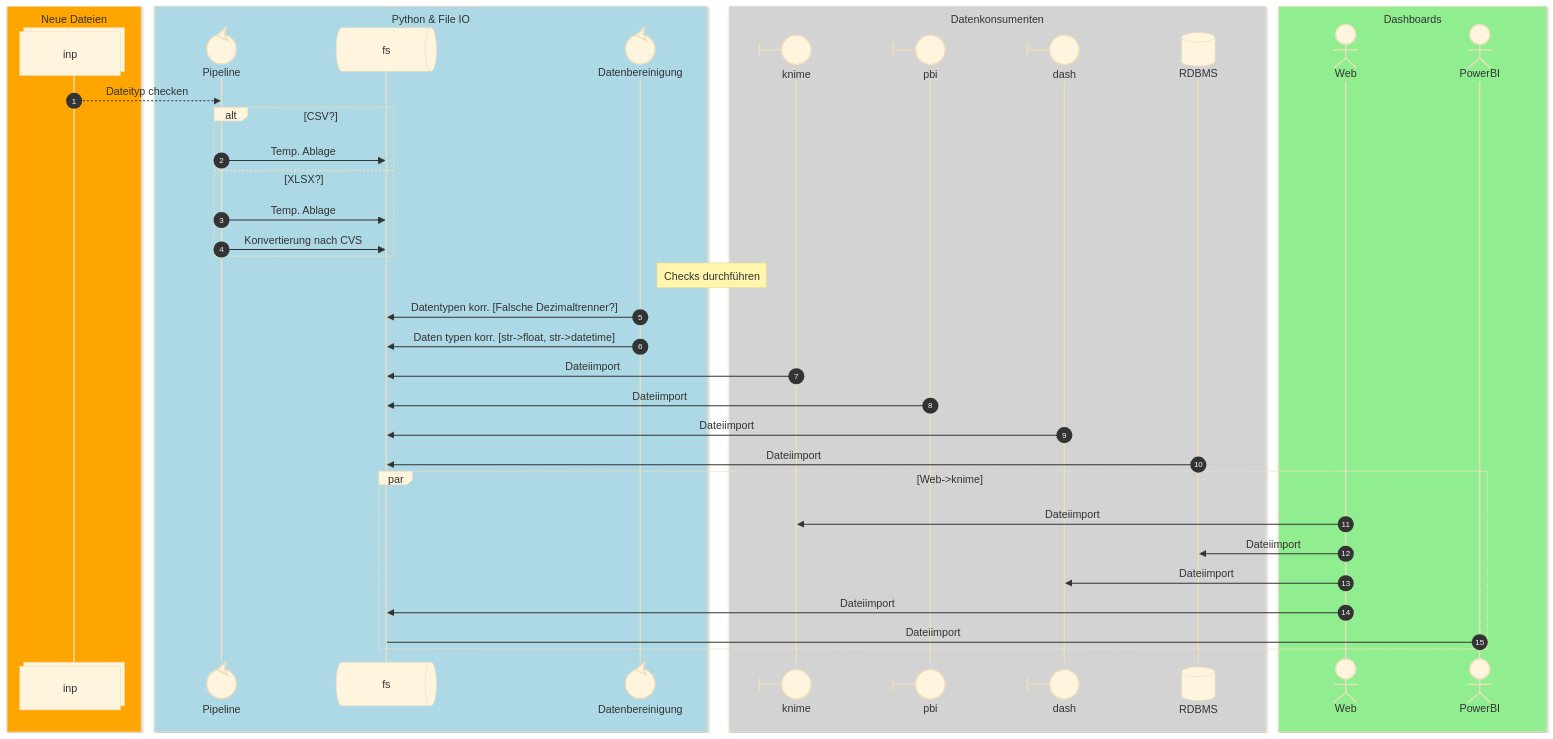
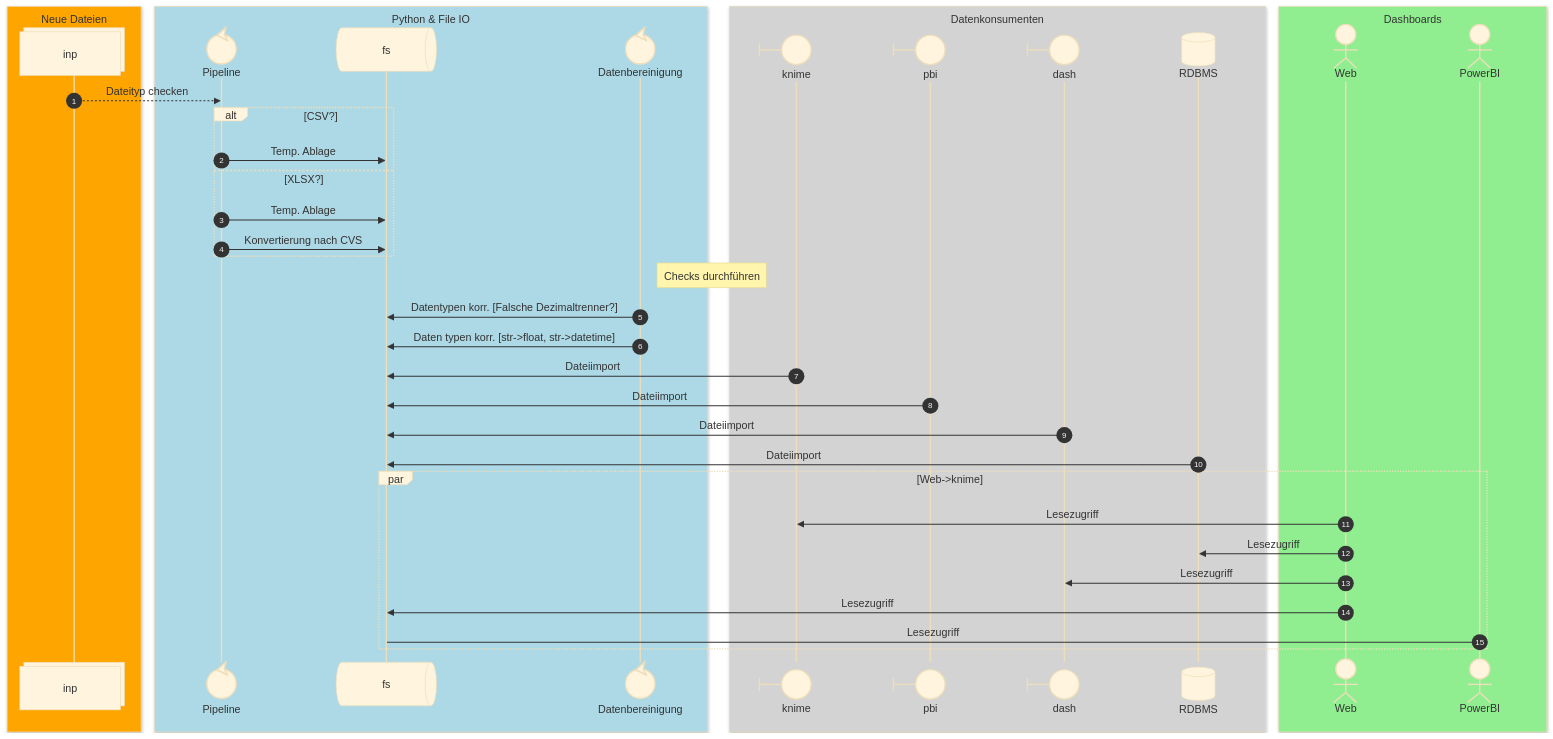
One commit to nevsglueckauf/wq changed the diagram in Documentation/Data_Quality.md. Above: the diagram before and after it, drawn with Mermaid (base theme).

Commit message:
Dokumentation zur Datenbereinigung

````diff
--- a/Documentation/Data_Quality.md
+++ b/Documentation/Data_Quality.md
@@ -7,54 +7,54 @@
 ```mermaid
 sequenceDiagram
     autonumber
     
     box orange Neue Dateien
     participant inp@{ "type" : "collections" }
     end
     box lightblue  Python &  File IO
     participant Pipeline@{ "type" : "control" }
     participant fs@{ "type" : "queue" }
     participant Datenbereinigung@{ "type" : "control" }
     end 
 
     box lightgray  Datenkonsumenten
     participant knime@{ "type" : "boundary" }
     participant pbi@{ "type" : "boundary" }
     participant dash@{ "type" : "boundary" }
     participant RDBMS@{ "type" : "database" }
     end 
 
     box lightgreen  Dashboards
     actor Web
     actor PowerBI
     end 
 
     inp-->>Pipeline: Dateityp checken
      alt CSV?
             Pipeline->>fs: Temp. Ablage
      else XLSX?
             Pipeline->>fs: Temp. Ablage
             Pipeline->>fs: Konvertierung nach CVS
     end
     Note right of Datenbereinigung: Checks durchführen
     Datenbereinigung->>fs: Datentypen korr. [Falsche Dezimaltrenner?]
     Datenbereinigung->>fs: Daten typen korr. [str->float, str->datetime]
 
     knime->>fs: Dateiimport
     pbi->>fs: Dateiimport
     dash->>fs: Dateiimport
     RDBMS->>fs: Dateiimport
     
     par Web->knime
-    Web->>knime: Dateiimport
-    Web->>RDBMS: Dateiimport
-    Web->>dash: Dateiimport
-    Web->>fs: Dateiimport
-    PowerBI->fs: Dateiimport
+    Web->>knime: Lesezugriff
+    Web->>RDBMS: Lesezugriff
+    Web->>dash: Lesezugriff
+    Web->>fs: Lesezugriff
+    PowerBI->fs: Lesezugriff
     end
 
 
 
     
 
 ```
````
